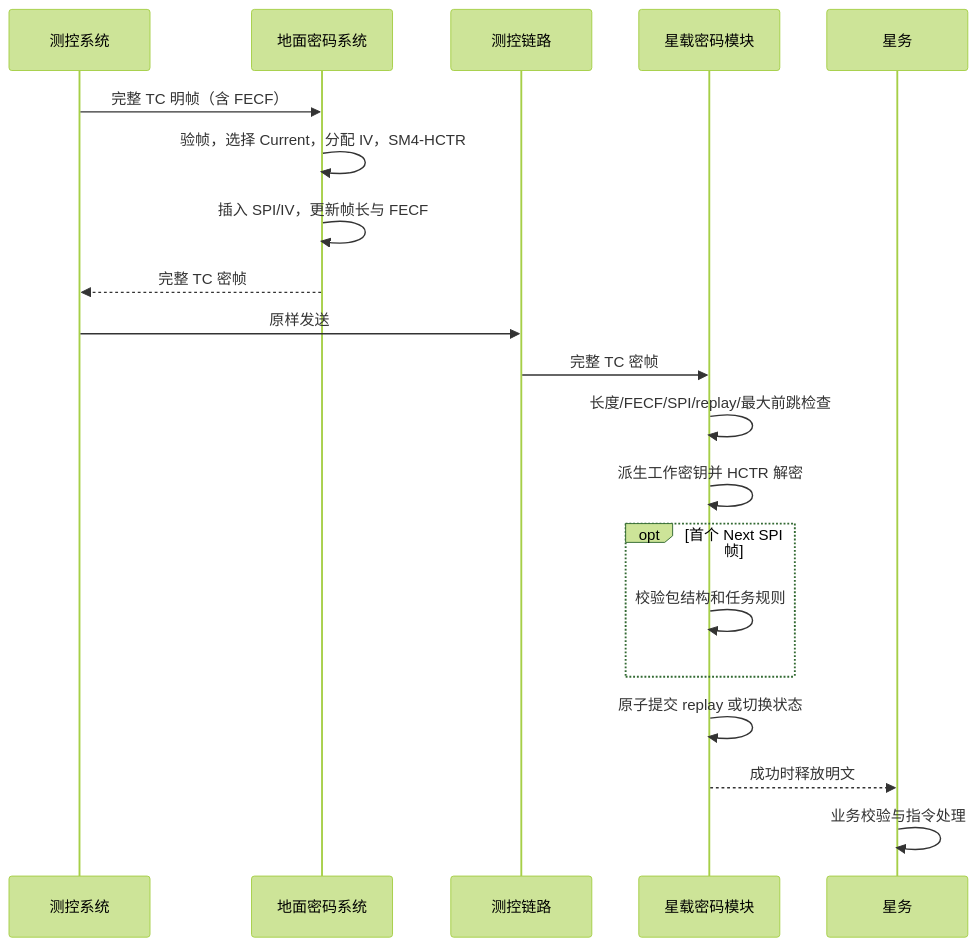
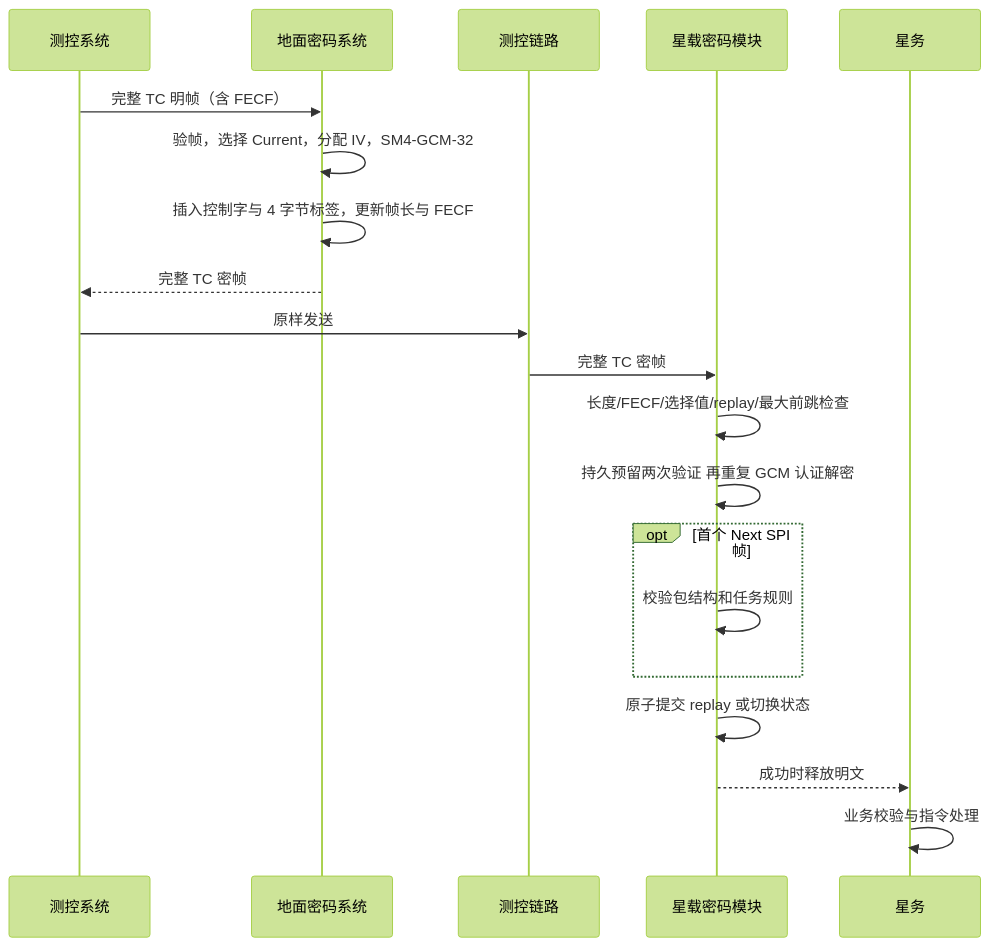
The third of 3 diagrams in docs/TC_GROUND_FLIGHT_ARCHITECTURE.md (HangzeGao/key-vault), drawn with Mermaid (forest theme) before and after one commit. The commit also changed other lines of this file and 92 other files, not shown here.

````diff
--- a/docs/TC_GROUND_FLIGHT_ARCHITECTURE.md
+++ b/docs/TC_GROUND_FLIGHT_ARCHITECTURE.md
@@ -50,22 +51,22 @@
 ```mermaid
 sequenceDiagram
   participant C as 测控系统
   participant G as 地面密码系统
   participant L as 测控链路
   participant F as 星载密码模块
   participant S as 星务
   C->>G: 完整 TC 明帧（含 FECF）
-  G->>G: 验帧，选择 Current，分配 IV，SM4-HCTR
-  G->>G: 插入 SPI/IV，更新帧长与 FECF
+  G->>G: 验帧，选择 Current，分配 IV，SM4-GCM-32
+  G->>G: 插入控制字与 4 字节标签，更新帧长与 FECF
   G-->>C: 完整 TC 密帧
   C->>L: 原样发送
   L->>F: 完整 TC 密帧
-  F->>F: 长度/FECF/SPI/replay/最大前跳检查
-  F->>F: 派生工作密钥并 HCTR 解密
+  F->>F: 长度/FECF/选择值/replay/最大前跳检查
+  F->>F: 持久预留两次验证 再重复 GCM 认证解密
   opt 首个 Next SPI 帧
     F->>F: 校验包结构和任务规则
   end
   F->>F: 原子提交 replay 或切换状态
   F-->>S: 成功时释放明文
   S->>S: 业务校验与指令处理
 ```
````
